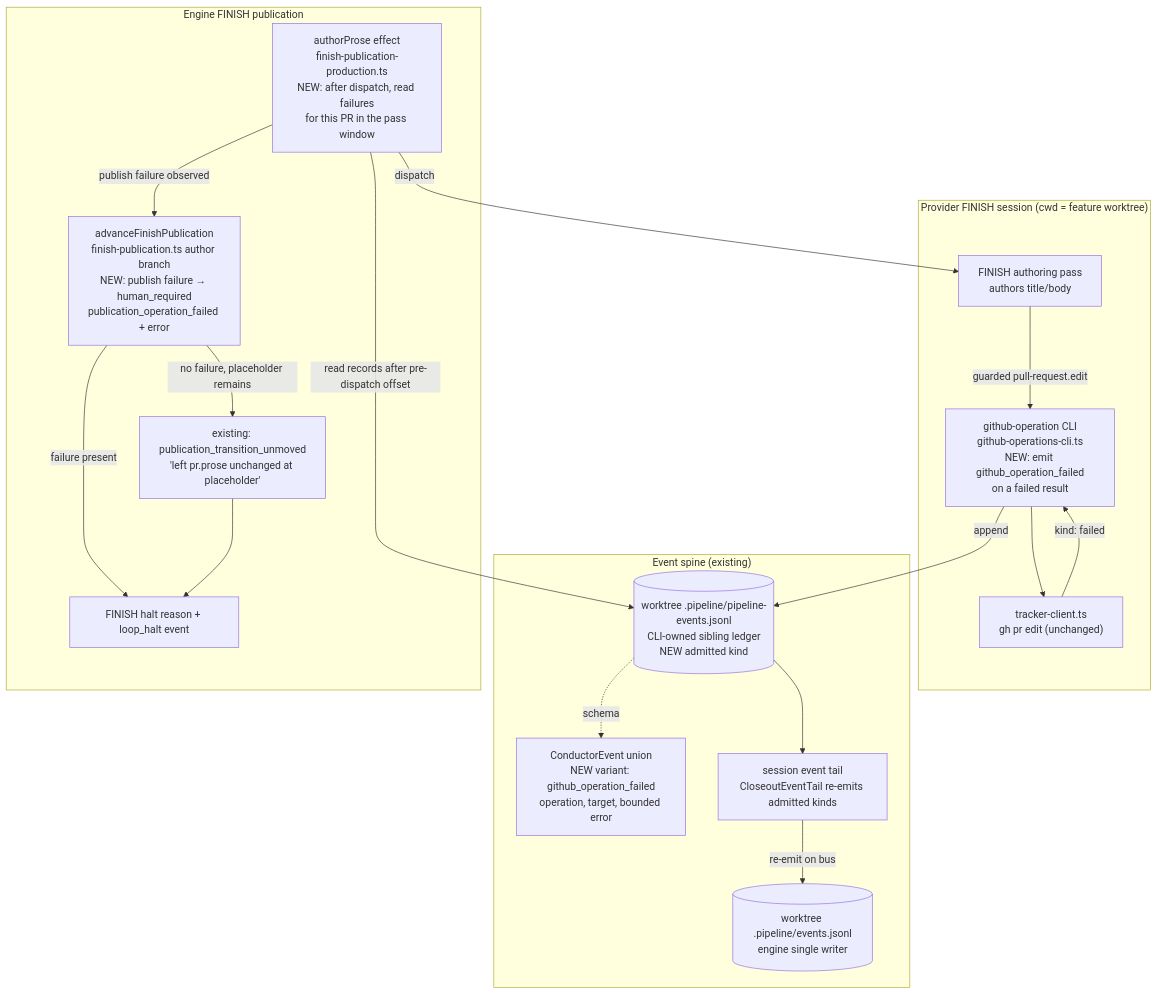
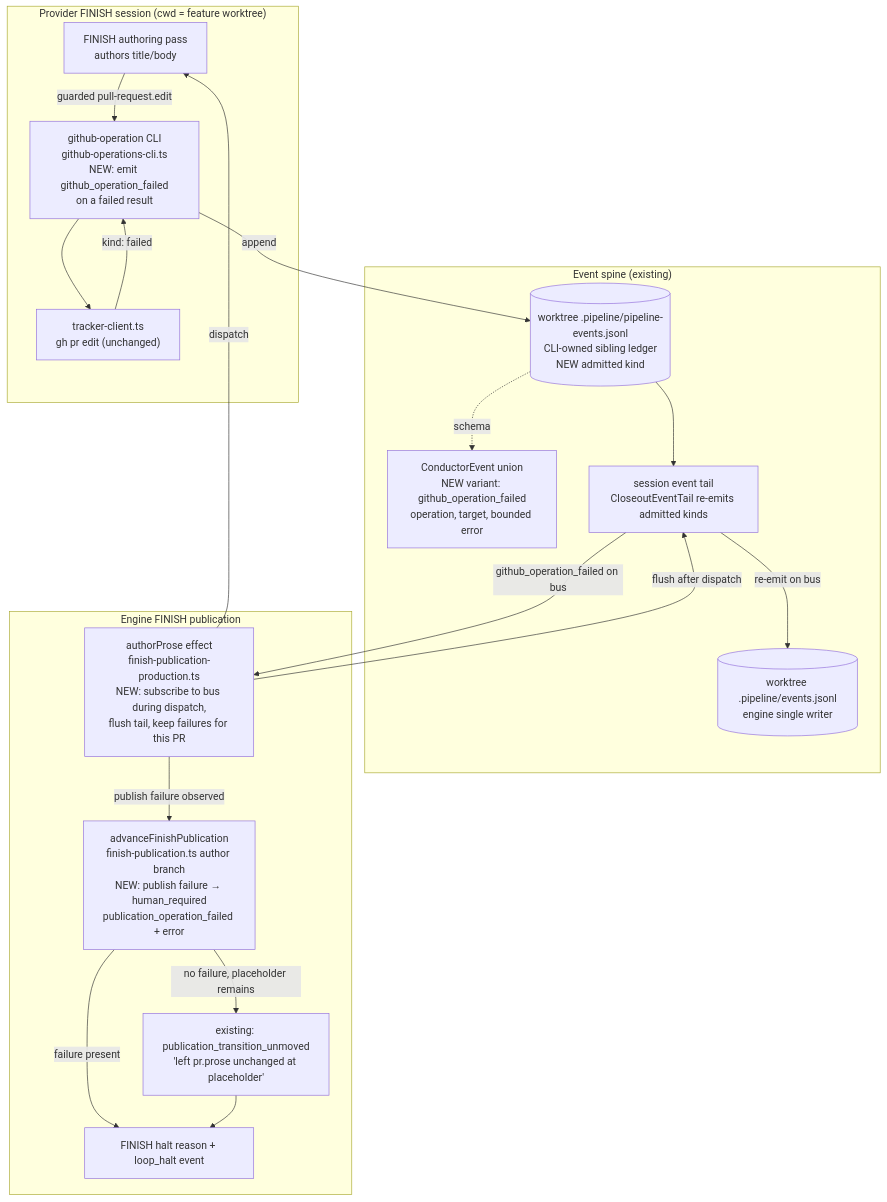
The first of 2 diagrams in .docs/architecture/finish-pr-body-publish-fails-on-token-scope-and-ha.md (jstoup111/ai-conductor), drawn with Mermaid before and after one commit. The commit also changed other lines of this file and 4 other files, not shown here.

First line of the commit message:
spec: move FINISH pass-failure attribution onto the event bus (operator decision 2026-10-25)

````diff
--- a/.docs/architecture/finish-pr-body-publish-fails-on-token-scope-and-ha.md
+++ b/.docs/architecture/finish-pr-body-publish-fails-on-token-scope-and-ha.md
@@ -15,36 +15,37 @@
 ```mermaid
 graph TD
     subgraph Provider["Provider FINISH session (cwd = feature worktree)"]
         PROV["FINISH authoring pass<br/>authors title/body"]
         CLI["github-operation CLI<br/>github-operations-cli.ts<br/>NEW: emit github_operation_failed<br/>on a failed result"]
         TRK["tracker-client.ts<br/>gh pr edit (unchanged)"]
     end
 
     subgraph Spine["Event spine (existing)"]
         EVT["ConductorEvent union<br/>NEW variant: github_operation_failed<br/>operation, target, bounded error"]
         SIB[("worktree .pipeline/pipeline-events.jsonl<br/>CLI-owned sibling ledger<br/>NEW admitted kind")]
         TAIL["session event tail<br/>CloseoutEventTail re-emits admitted kinds"]
         LOG[("worktree .pipeline/events.jsonl<br/>engine single writer")]
     end
 
     subgraph Engine["Engine FINISH publication"]
-        AUTH["authorProse effect<br/>finish-publication-production.ts<br/>NEW: after dispatch, read failures<br/>for this PR in the pass window"]
+        AUTH["authorProse effect<br/>finish-publication-production.ts<br/>NEW: subscribe to bus during dispatch,<br/>flush tail, keep failures for this PR"]
         COORD["advanceFinishPublication<br/>finish-publication.ts author branch<br/>NEW: publish failure → human_required<br/>publication_operation_failed + error"]
         UNMOVED["existing: publication_transition_unmoved<br/>'left pr.prose unchanged at placeholder'"]
         HALT["FINISH halt reason + loop_halt event"]
     end
 
     PROV -->|guarded pull-request.edit| CLI
     CLI --> TRK
     TRK -->|kind: failed| CLI
     CLI -->|append| SIB
     SIB -.->|schema| EVT
     SIB --> TAIL
     TAIL -->|re-emit on bus| LOG
     AUTH -->|dispatch| PROV
-    AUTH -->|read records after pre-dispatch offset| SIB
+    AUTH -->|flush after dispatch| TAIL
+    TAIL -->|github_operation_failed on bus| AUTH
     AUTH -->|publish failure observed| COORD
     COORD -->|failure present| HALT
     COORD -->|no failure, placeholder remains| UNMOVED
     UNMOVED --> HALT
 ```
````
